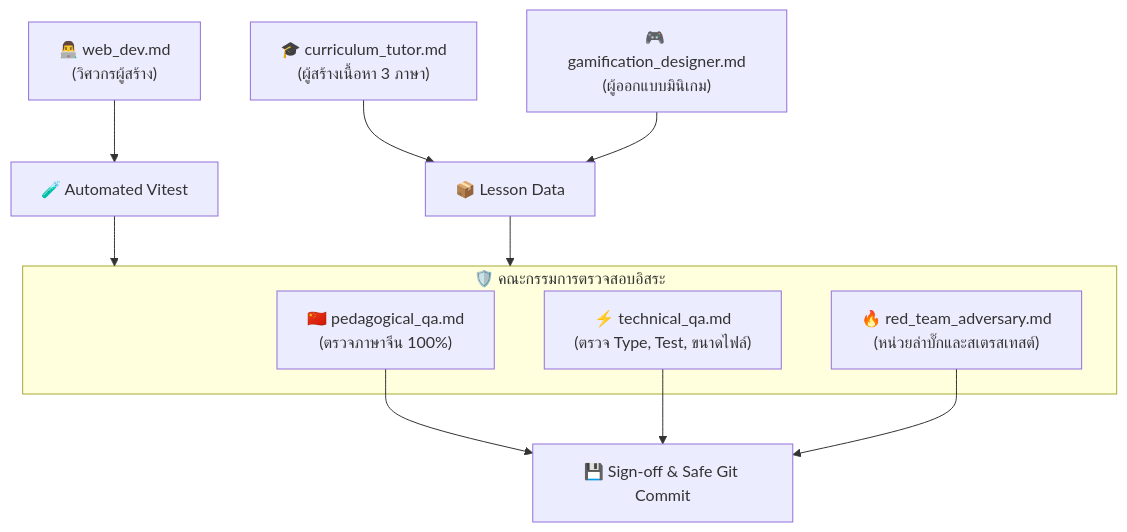
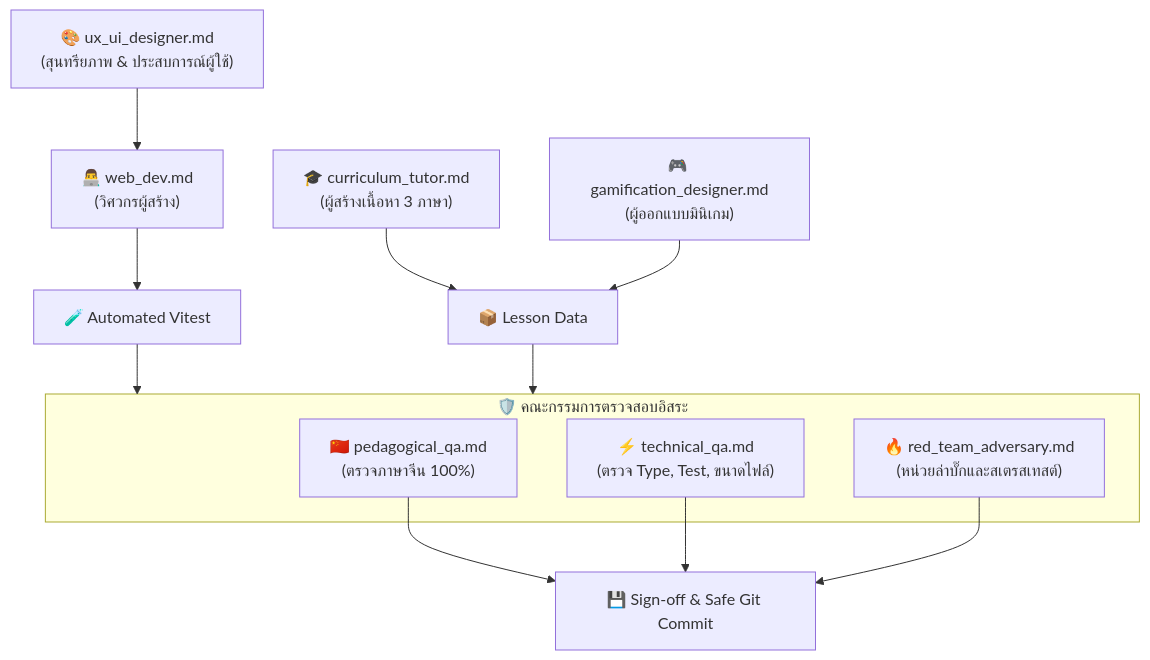
One commit to vavinon/Hanzero changed the diagram in agents/README.md. Above: the diagram before and after it, drawn with Mermaid. The commit also changed other lines of this file and 15 other files, not shown here.

````diff
--- a/agents/README.md
+++ b/agents/README.md
@@ -10,19 +10,20 @@
 ```mermaid
 graph TD
-    Dev["👨‍💻 web_dev.md<br/>(วิศวกรผู้สร้าง)"] --> Tester["🧪 Automated Vitest"]
+    Design["🎨 ux_ui_designer.md<br/>(สุนทรียภาพ & ประสบการณ์ผู้ใช้)"] --> Dev["👨‍💻 web_dev.md<br/>(วิศวกรผู้สร้าง)"]
+    Dev --> Tester["🧪 Automated Vitest"]
     Tutor["🎓 curriculum_tutor.md<br/>(ผู้สร้างเนื้อหา 3 ภาษา)"] --> Content["📦 Lesson Data"]
     Game["🎮 gamification_designer.md<br/>(ผู้ออกแบบมินิเกม)"] --> Content
     
     Tester --> Gatekeeper
     Content --> Gatekeeper
     
     subgraph Gatekeeper ["🛡️ คณะกรรมการตรวจสอบอิสระ"]
         QA_Ped["🇨🇳 pedagogical_qa.md<br/>(ตรวจภาษาจีน 100%)"]
         QA_Tech["⚡ technical_qa.md<br/>(ตรวจ Type, Test, ขนาดไฟล์)"]
         Red["🔥 red_team_adversary.md<br/>(หน่วยล่าบั๊กและสเตรสเทสต์)"]
     end
     
     QA_Ped --> SignOff["💾 Sign-off & Safe Git Commit"]
     QA_Tech --> SignOff
     Red --> SignOff
 ```
````
